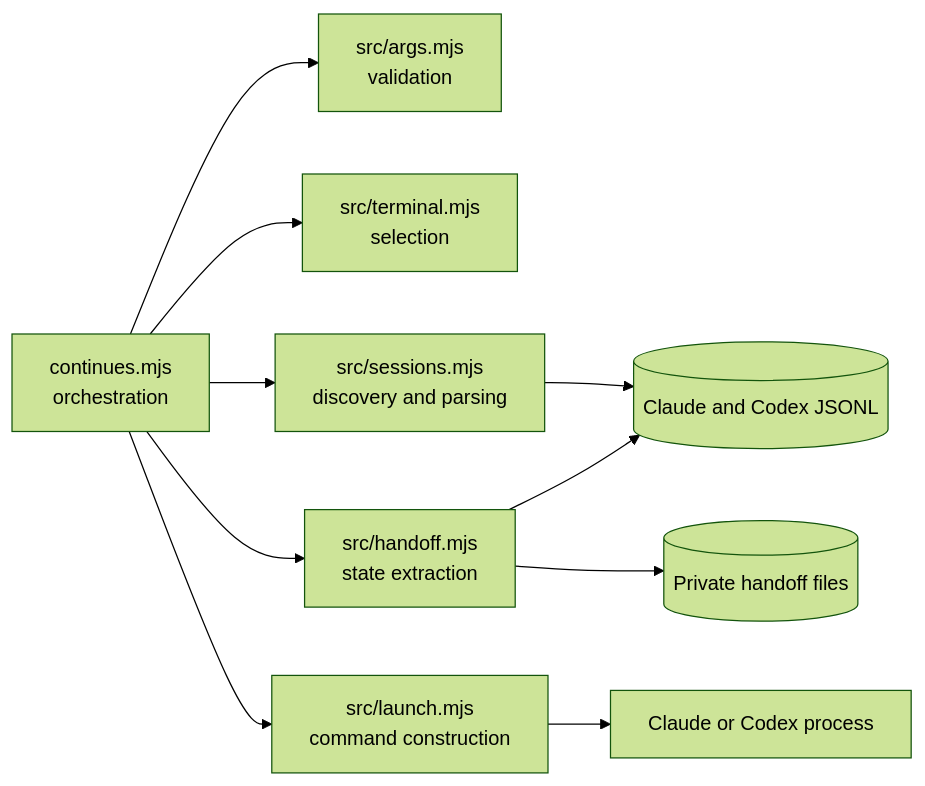
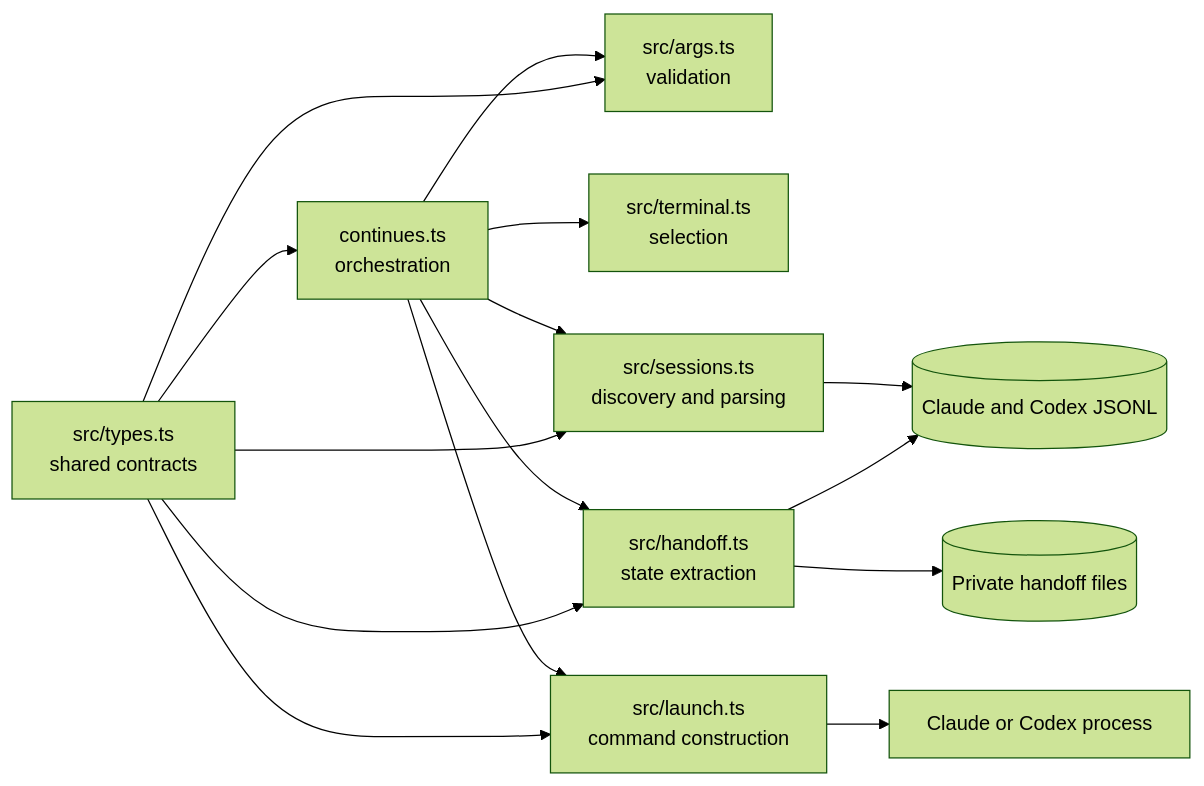
The second of 4 diagrams in system.md (danishaft/resume-cli-), drawn with Mermaid (forest theme) before and after one commit. The commit also changed other lines of this file and 1 other file, not shown here.

````diff
--- a/system.md
+++ b/system.md
@@ -24,12 +24,17 @@
 ```mermaid
 flowchart LR
-    Entry[continues.mjs<br/>orchestration] --> Args[src/args.mjs<br/>validation]
-    Entry --> Terminal[src/terminal.mjs<br/>selection]
-    Entry --> Sessions[src/sessions.mjs<br/>discovery and parsing]
-    Entry --> Handoff[src/handoff.mjs<br/>state extraction]
-    Entry --> Launch[src/launch.mjs<br/>command construction]
+    Entry[continues.ts<br/>orchestration] --> Args[src/args.ts<br/>validation]
+    Entry --> Terminal[src/terminal.ts<br/>selection]
+    Entry --> Sessions[src/sessions.ts<br/>discovery and parsing]
+    Entry --> Handoff[src/handoff.ts<br/>state extraction]
+    Entry --> Launch[src/launch.ts<br/>command construction]
+    Types[src/types.ts<br/>shared contracts] --> Entry
+    Types --> Args
+    Types --> Sessions
+    Types --> Handoff
+    Types --> Launch
     Sessions --> Stores[(Claude and Codex JSONL)]
     Handoff --> Stores
     Handoff --> Files[(Private handoff files)]
     Launch --> Agents[Claude or Codex process]
 ```
````
